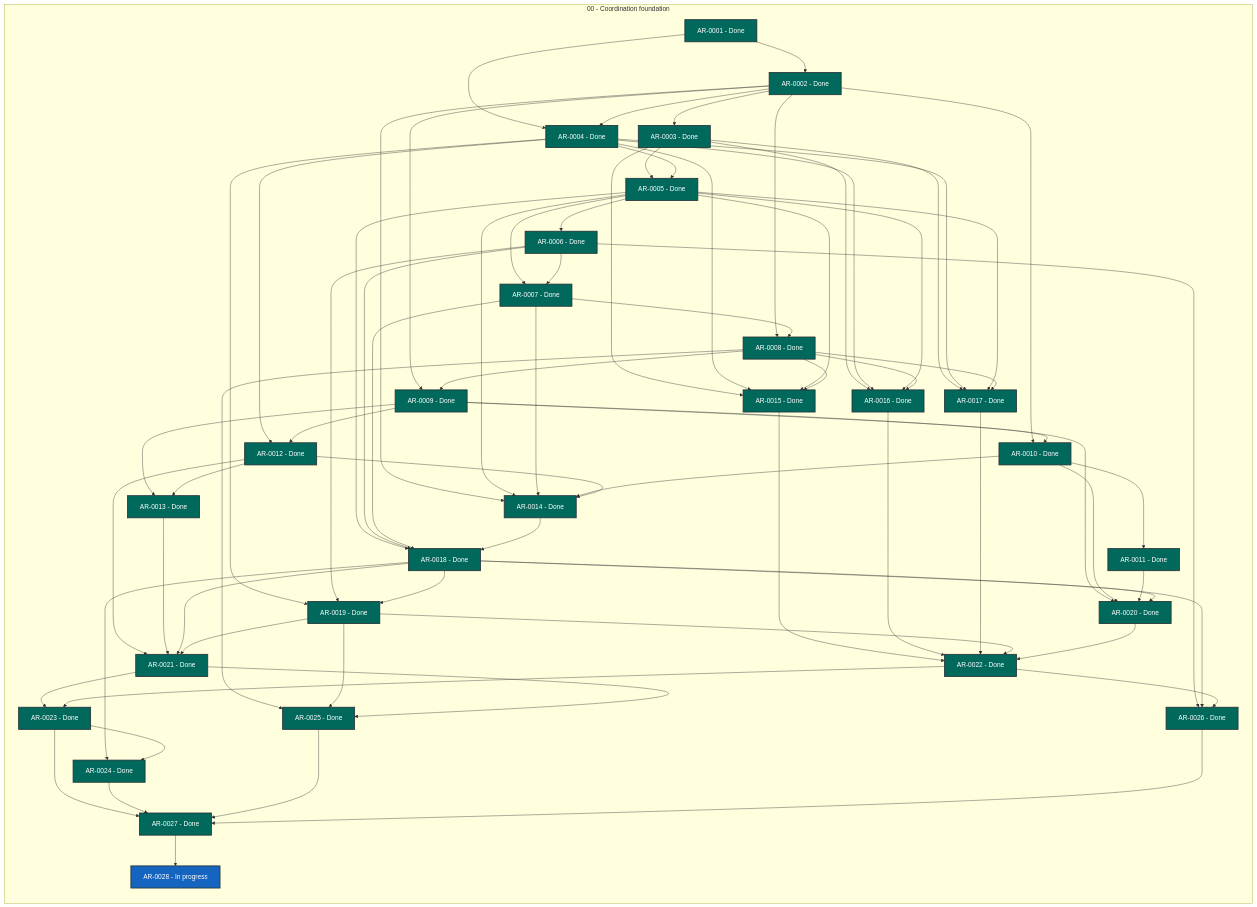
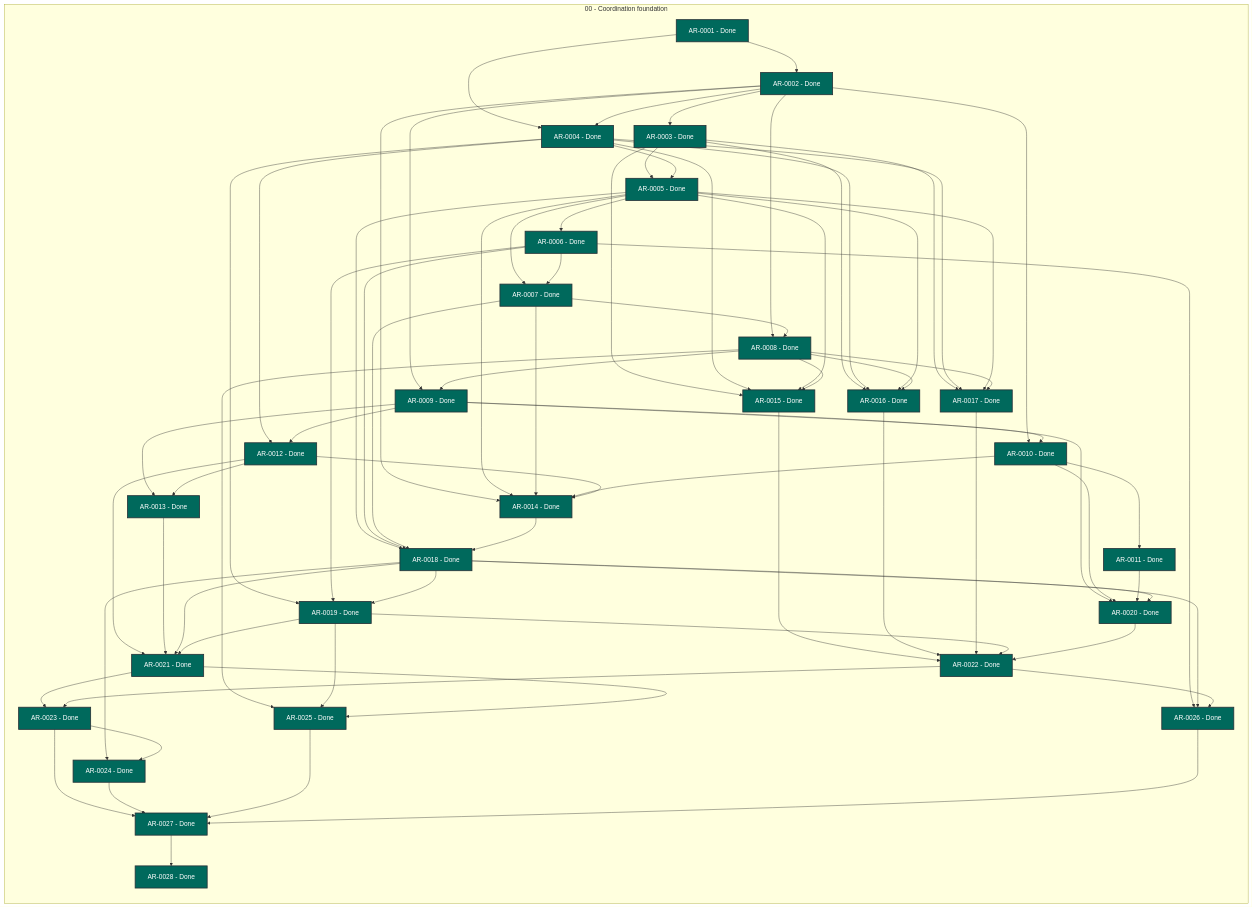
The diagram in STATUS.md (martin-beck/agent-workflow-runtime-state), drawn with Mermaid before and after one commit. The commit also changed other lines of this file and 2 other files, not shown here.

```diff
--- a/STATUS.md
+++ b/STATUS.md
@@ -55,7 +55,7 @@
         AR_0025["AR-0025 - Done"]:::status_done
         AR_0026["AR-0026 - Done"]:::status_done
         AR_0027["AR-0027 - Done"]:::status_done
-        AR_0028["AR-0028 - In progress"]:::status_in_progress
+        AR_0028["AR-0028 - Done"]:::status_done
     end
     AR_0001 --> AR_0002
     AR_0001 --> AR_0004
```
